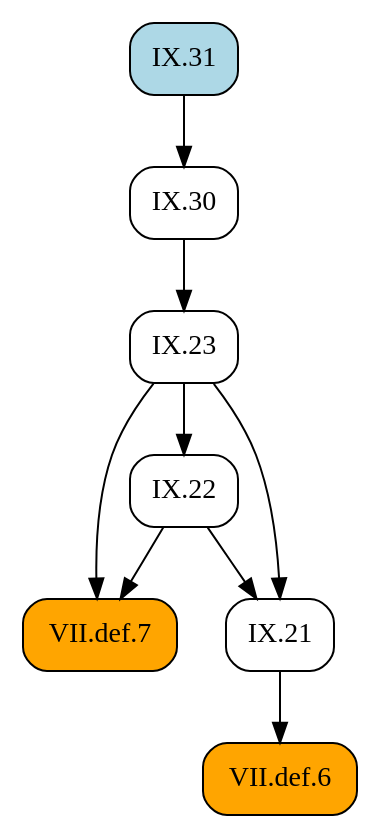
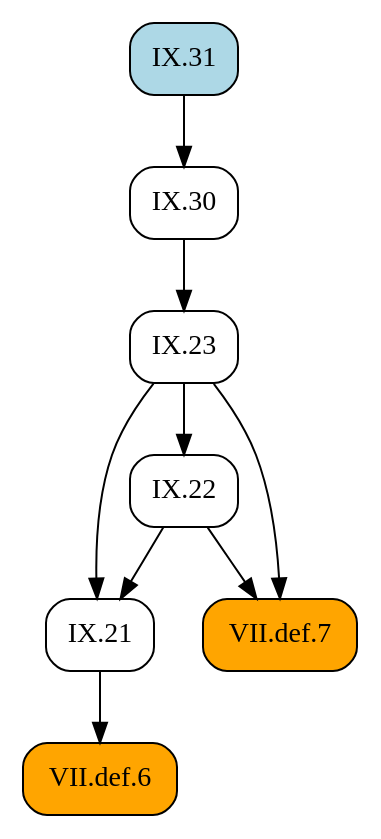
The diagram in docsrc/heath/IX/31/index.rst (geometor/elements), drawn with Graphviz before and after one commit. The commit also changed other lines of this file and 1029 other files, not shown here.

```diff
--- a/docsrc/heath/IX/31/index.rst
+++ b/docsrc/heath/IX/31/index.rst
@@ -40,21 +40,21 @@
 .. graphviz::
 
    digraph {
      rankdir="TB";
      node [shape=box, style=rounded];
+     "IX.21" [URL="/heath/IX/21/", target="_top"];
+     "IX.23" [URL="/heath/IX/23/", target="_top"];
+     "VII.def.6" [style="rounded,filled", fillcolor=orange, URL="/heath/VII/def.6/", target="_top"];
+     "IX.31" [style="rounded,filled", fillcolor=lightblue, URL="/heath/IX/31/", target="_top"];
+     "IX.22" [URL="/heath/IX/22/", target="_top"];
+     "IX.30" [URL="/heath/IX/30/", target="_top"];
      "VII.def.7" [style="rounded,filled", fillcolor=orange, URL="/heath/VII/def.7/", target="_top"];
-     "IX.21" [URL="/heath/IX/21/", target="_top"];
-     "IX.22" [URL="/heath/IX/22/", target="_top"];
-     "IX.31" [style="rounded,filled", fillcolor=lightblue, URL="/heath/IX/31/", target="_top"];
-     "VII.def.6" [style="rounded,filled", fillcolor=orange, URL="/heath/VII/def.6/", target="_top"];
-     "IX.30" [URL="/heath/IX/30/", target="_top"];
-     "IX.23" [URL="/heath/IX/23/", target="_top"];
+     "IX.22" -> "IX.21";
+     "IX.23" -> "IX.21";
+     "IX.30" -> "IX.23";
+     "IX.21" -> "VII.def.6";
+     "IX.23" -> "IX.22";
+     "IX.31" -> "IX.30";
      "IX.22" -> "VII.def.7";
      "IX.23" -> "VII.def.7";
-     "IX.22" -> "IX.21";
-     "IX.23" -> "IX.21";
-     "IX.23" -> "IX.22";
-     "IX.21" -> "VII.def.6";
-     "IX.31" -> "IX.30";
-     "IX.30" -> "IX.23";
    }
```
